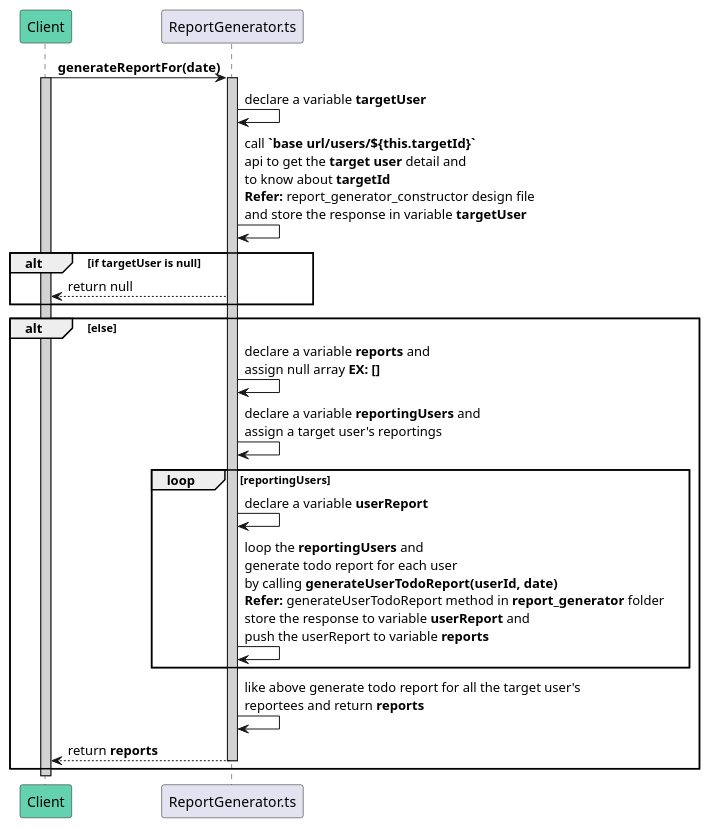
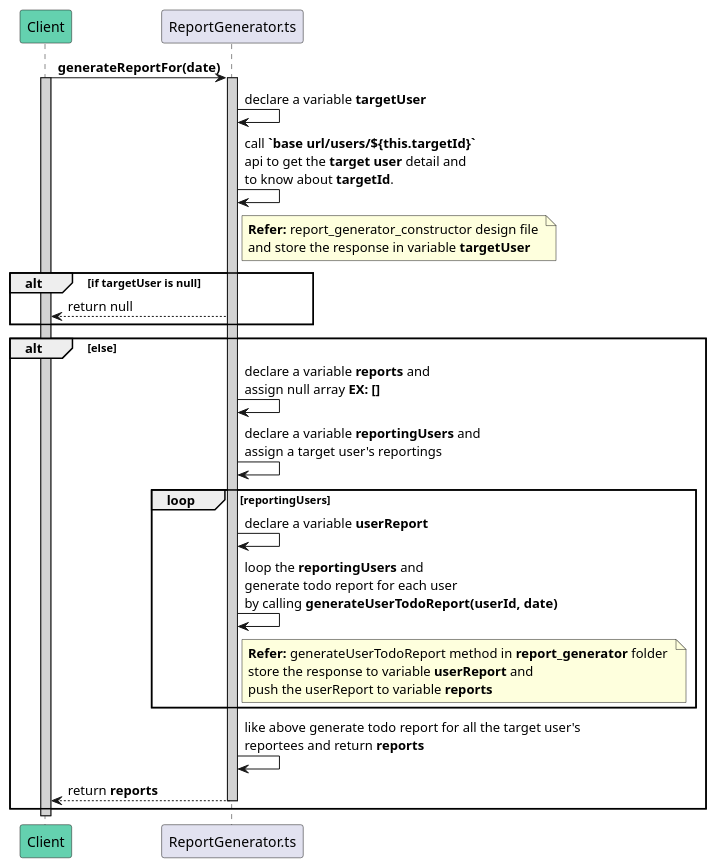
The diagram in backend/services_design/report_service/helpers/report_generator/generate_report_for.sequence.puml (avasoft-mobility/workday-design), drawn with PlantUML before and after one commit. The commit also changed 4 other files, not shown here.

```diff
--- a/backend/services_design/report_service/helpers/report_generator/generate_report_for.sequence.puml
+++ b/backend/services_design/report_service/helpers/report_generator/generate_report_for.sequence.puml
@@ -1,28 +1,31 @@
 @startuml generateReportFor
 participant Client #64D1AF
 participant ReportGenerator.ts
 
 Client -> ReportGenerator.ts : **generateReportFor(date)**
 activate Client #D3D3D3
 activate ReportGenerator.ts #D3D3D3
     ReportGenerator.ts -> ReportGenerator.ts : declare a variable **targetUser**
-    ReportGenerator.ts -> ReportGenerator.ts : call **`base url/users/${this.targetId}`** \napi to get the **target user** detail and \nto know about **targetId** \n**Refer:** report_generator_constructor design file \nand store the response in variable **targetUser**
+    ReportGenerator.ts -> ReportGenerator.ts : call **`base url/users/${this.targetId}`** \napi to get the **target user** detail and \nto know about **targetId**.
+    note right of ReportGenerator.ts : **Refer:** report_generator_constructor design file \nand store the response in variable **targetUser**
     alt if targetUser is null
         ReportGenerator.ts --> Client : return null
     end
 
     alt else
         ReportGenerator.ts -> ReportGenerator.ts : declare a variable **reports** and\nassign null array **EX: []**
         ReportGenerator.ts -> ReportGenerator.ts : declare a variable **reportingUsers** and\nassign a target user's reportings
 
         loop reportingUsers
             ReportGenerator.ts -> ReportGenerator.ts: declare a variable **userReport**
-            ReportGenerator.ts -> ReportGenerator.ts: loop the **reportingUsers** and \ngenerate todo report for each user \nby calling **generateUserTodoReport(userId, date)** \n**Refer:** generateUserTodoReport method in **report_generator** folder \nstore the response to variable **userReport** and \npush the userReport to variable **reports**
+            ReportGenerator.ts -> ReportGenerator.ts: loop the **reportingUsers** and \ngenerate todo report for each user \nby calling **generateUserTodoReport(userId, date)**
+            note right of ReportGenerator.ts: **Refer:** generateUserTodoReport method in **report_generator** folder \nstore the response to variable **userReport** and \npush the userReport to variable **reports**
+            
         end
         ReportGenerator.ts -> ReportGenerator.ts: like above generate todo report for all the target user's \nreportees and return **reports**
         ReportGenerator.ts --> Client: return **reports**
         deactivate ReportGenerator.ts
     end
 
 deactivate Client
 @enduml
```
